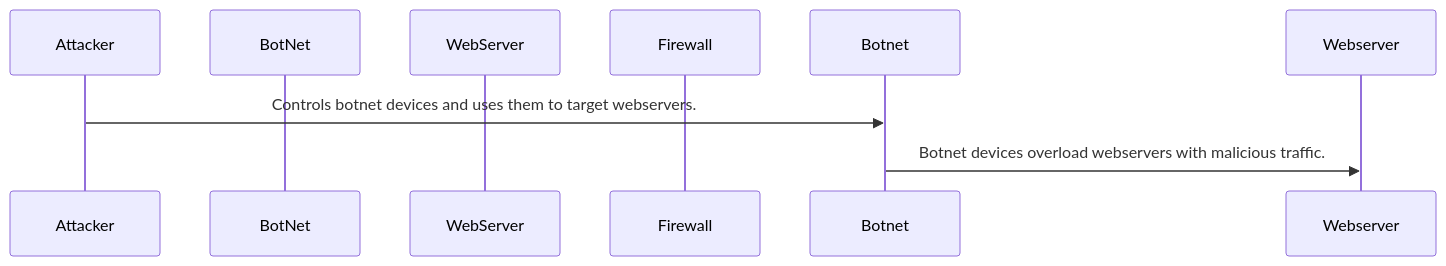
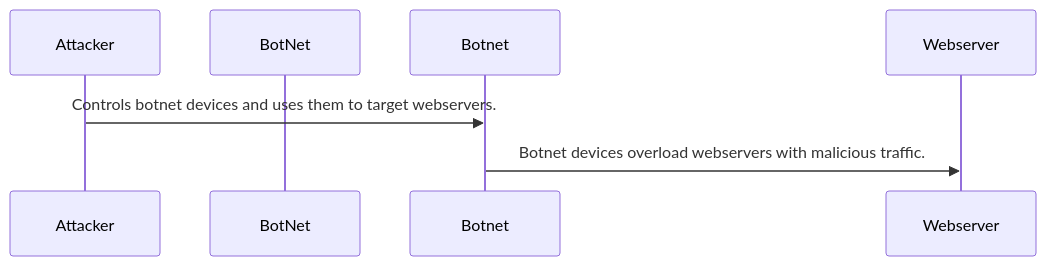
The diagram in DDoS_Attack_Sequence.md (jdignam/jdignam.github.io), drawn with Mermaid before and after one commit.

````diff
--- a/DDoS_Attack_Sequence.md
+++ b/DDoS_Attack_Sequence.md
@@ -1,9 +1,7 @@
 ```mermaid
 sequenceDiagram
 participant Attacker
 participant BotNet
-participant WebServer
-participant Firewall
 Attacker->>Botnet: Controls botnet devices and uses them to target webservers.
 Botnet->>Webserver: Botnet devices overload webservers with malicious traffic.
 ```
````
